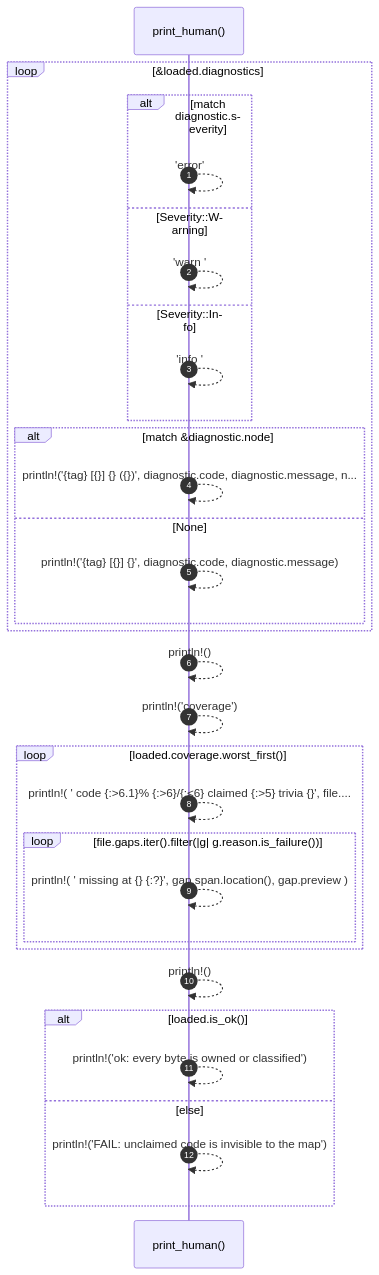
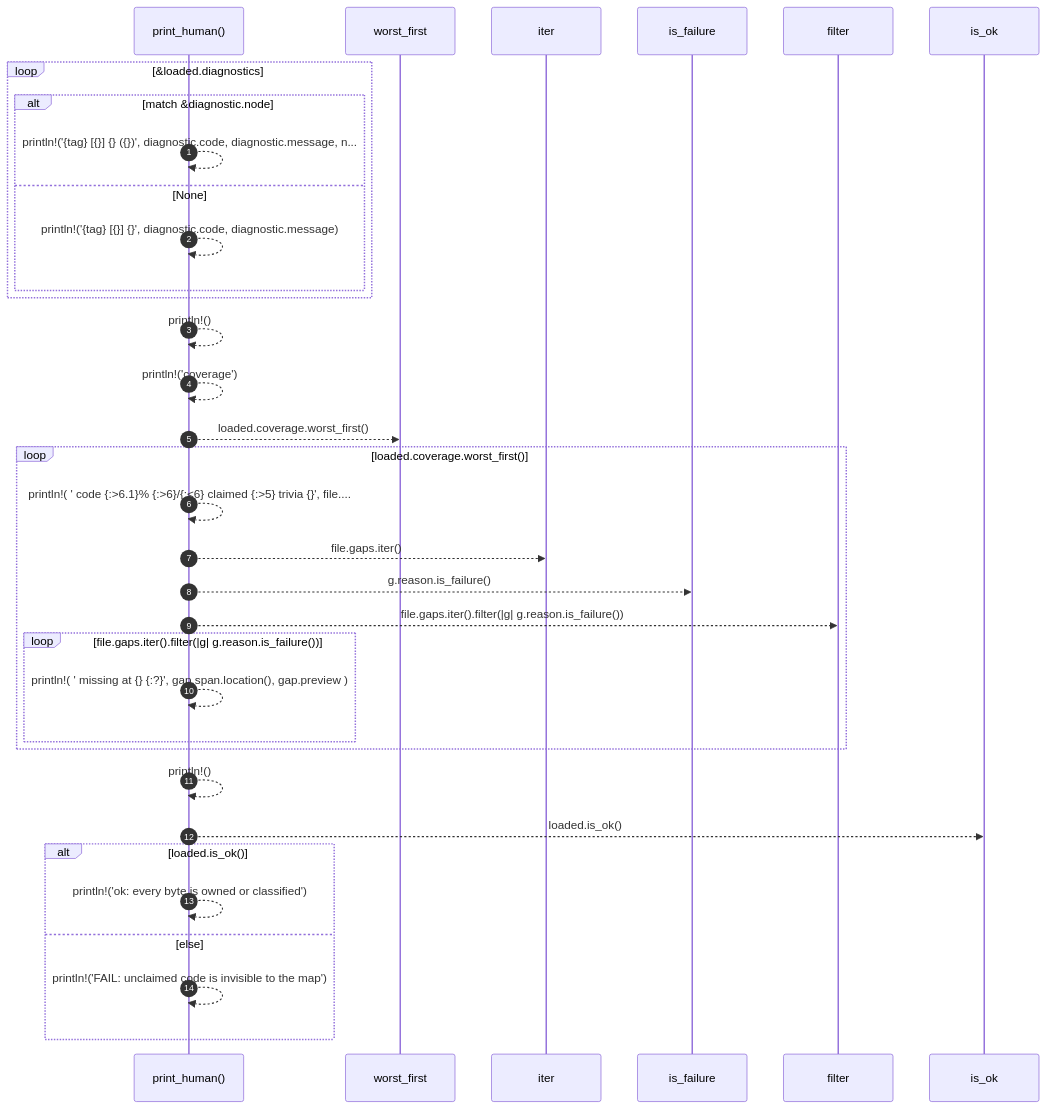
Before and after one commit to RyanGuild/self-describing-code: the diagram in docs/self-model/robby_cli/print-human.md, drawn with Mermaid. The commit also changed other lines of this file and 1404 other files, not shown here.

````diff
--- a/docs/self-model/robby_cli/print-human.md
+++ b/docs/self-model/robby_cli/print-human.md
@@ -55,33 +55,36 @@
 ```mermaid
 sequenceDiagram
     autonumber
     participant print_human as print_human()
+    participant worst_first as worst_first
+    participant iter as iter
+    participant is_failure as is_failure
+    participant filter as filter
+    participant is_ok as is_ok
     loop &loaded.diagnostics
-    alt match diagnostic.severity
-    print_human-->>print_human: 'error'
-    else Severity::Warning
-    print_human-->>print_human: 'warn '
-    else Severity::Info
-    print_human-->>print_human: 'info '
-    end
     alt match &diagnostic.node
     print_human-->>print_human: println!('{tag} [{}] {} ({})', diagnostic.code, diagnostic.message, n...
     else None
     print_human-->>print_human: println!('{tag} [{}] {}', diagnostic.code, diagnostic.message)
     end
     end
     print_human-->>print_human: println!()
     print_human-->>print_human: println!('coverage')
+    print_human-->>worst_first: loaded.coverage.worst_first()
     loop loaded.coverage.worst_first()
     print_human-->>print_human: println!( ' code {:>6.1}% {:>6}/{:<6} claimed {:>5} trivia {}', file....
+    print_human-->>iter: file.gaps.iter()
+    print_human-->>is_failure: g.reason.is_failure()
+    print_human-->>filter: file.gaps.iter().filter(|g| g.reason.is_failure())
     loop file.gaps.iter().filter(|g| g.reason.is_failure())
     print_human-->>print_human: println!( ' missing at {} {:?}', gap.span.location(), gap.preview )
     end
     end
     print_human-->>print_human: println!()
+    print_human-->>is_ok: loaded.is_ok()
     alt loaded.is_ok()
     print_human-->>print_human: println!('ok: every byte is owned or classified')
     else else
     print_human-->>print_human: println!('FAIL: unclaimed code is invisible to the map')
     end
 ```
````
